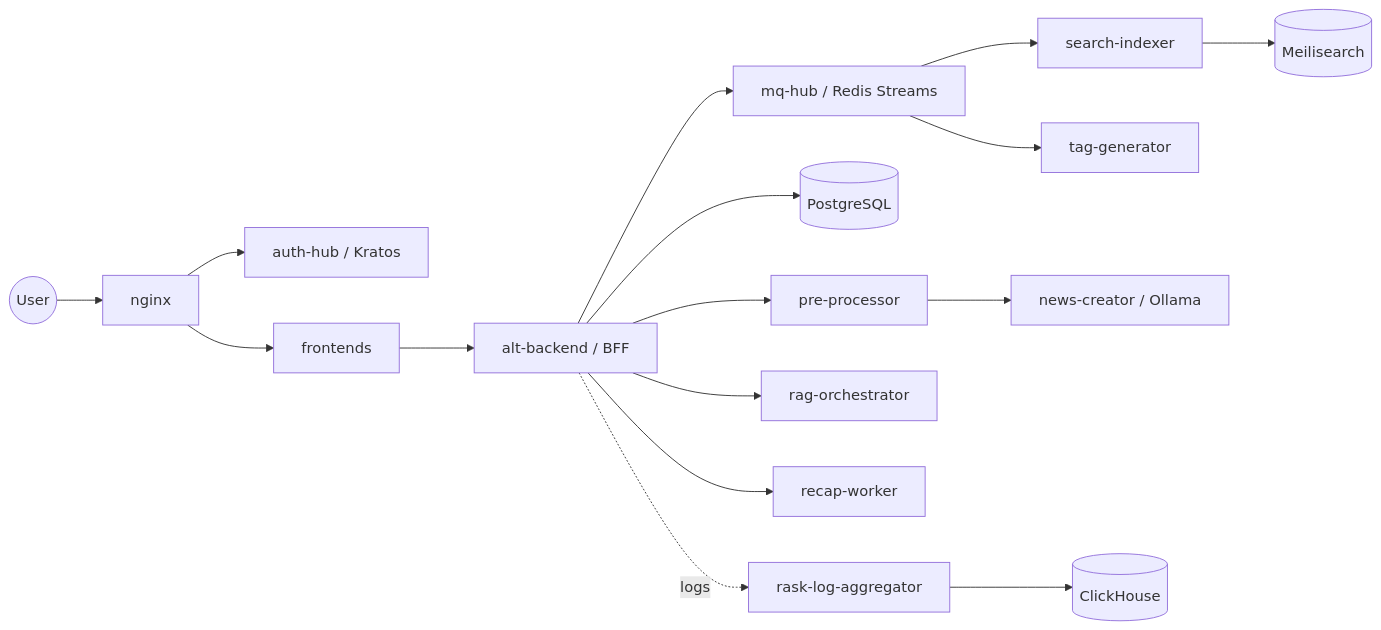
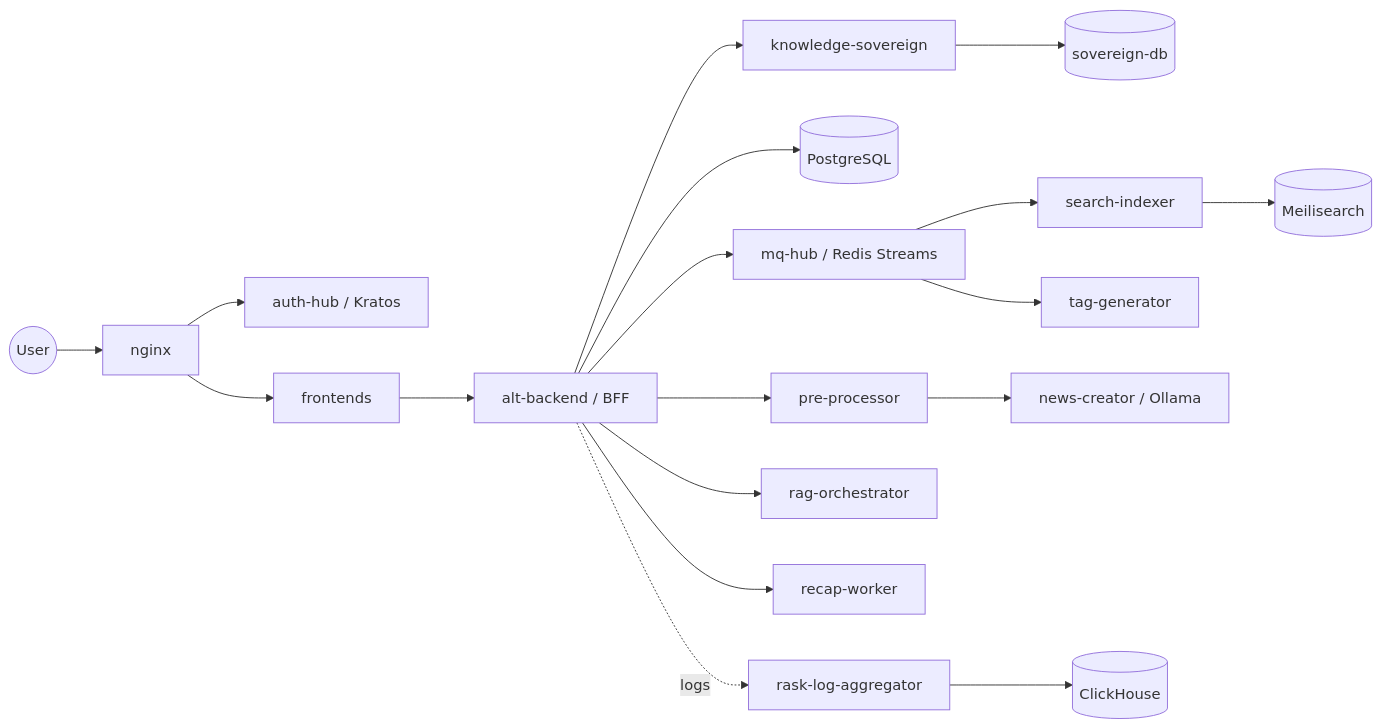
One commit to Kaikei-e/Alt changed the diagram in README.md. Above: the diagram before and after it, drawn with Mermaid.

Commit message:
docs: update README to include knowledge-sovereign and sovereign-db in architecture flowchart

````diff
--- a/README.md
+++ b/README.md
@@ -70,18 +70,20 @@
 ```mermaid
 flowchart LR
     User((User)) --> Nginx[nginx]
     Nginx --> Auth[auth-hub / Kratos]
     Nginx --> FE[frontends]
     FE --> API[alt-backend / BFF]
     API --> MQ[mq-hub / Redis Streams]
     API --> DB[(PostgreSQL)]
+    API --> KS[knowledge-sovereign]
+    KS --> SDB[(sovereign-db)]
     MQ --> IDX[search-indexer]
     MQ --> TAG[tag-generator]
     API --> PRE[pre-processor]
     PRE --> NC[news-creator / Ollama]
     API --> RAG[rag-orchestrator]
     API --> RECAP[recap-worker]
     API -. logs .-> RASK[rask-log-aggregator]
     IDX --> MEILI[(Meilisearch)]
     RASK --> CH[(ClickHouse)]
 ```
````
